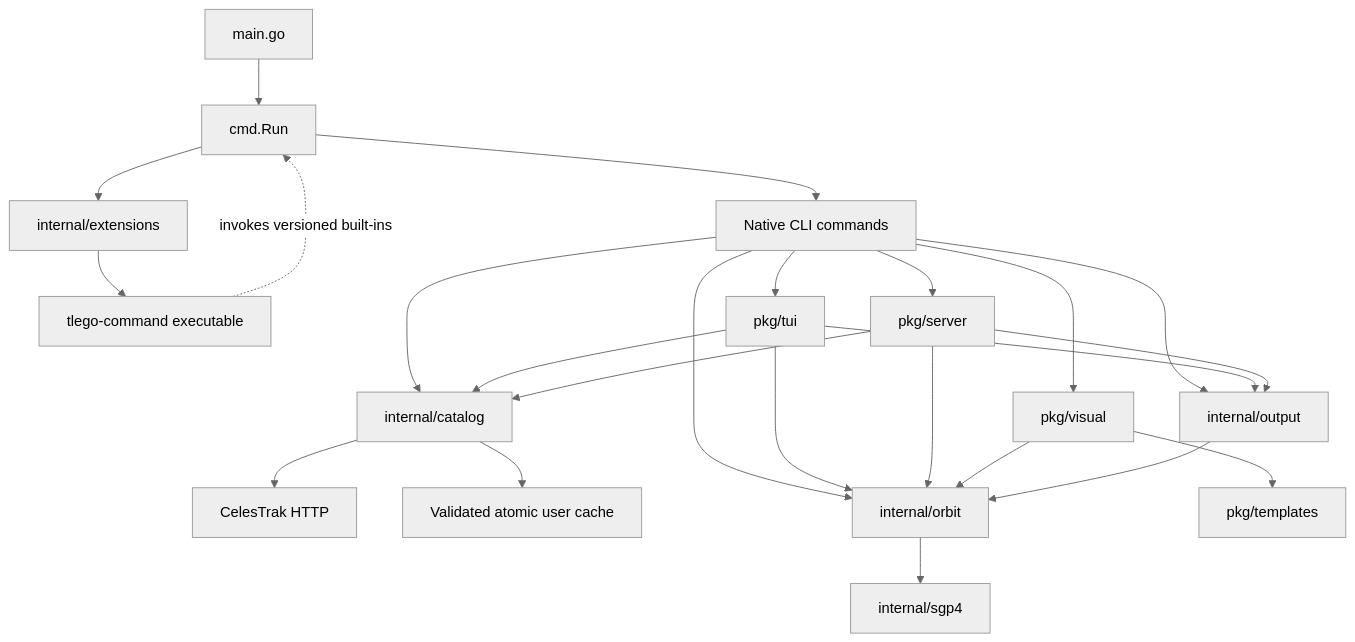
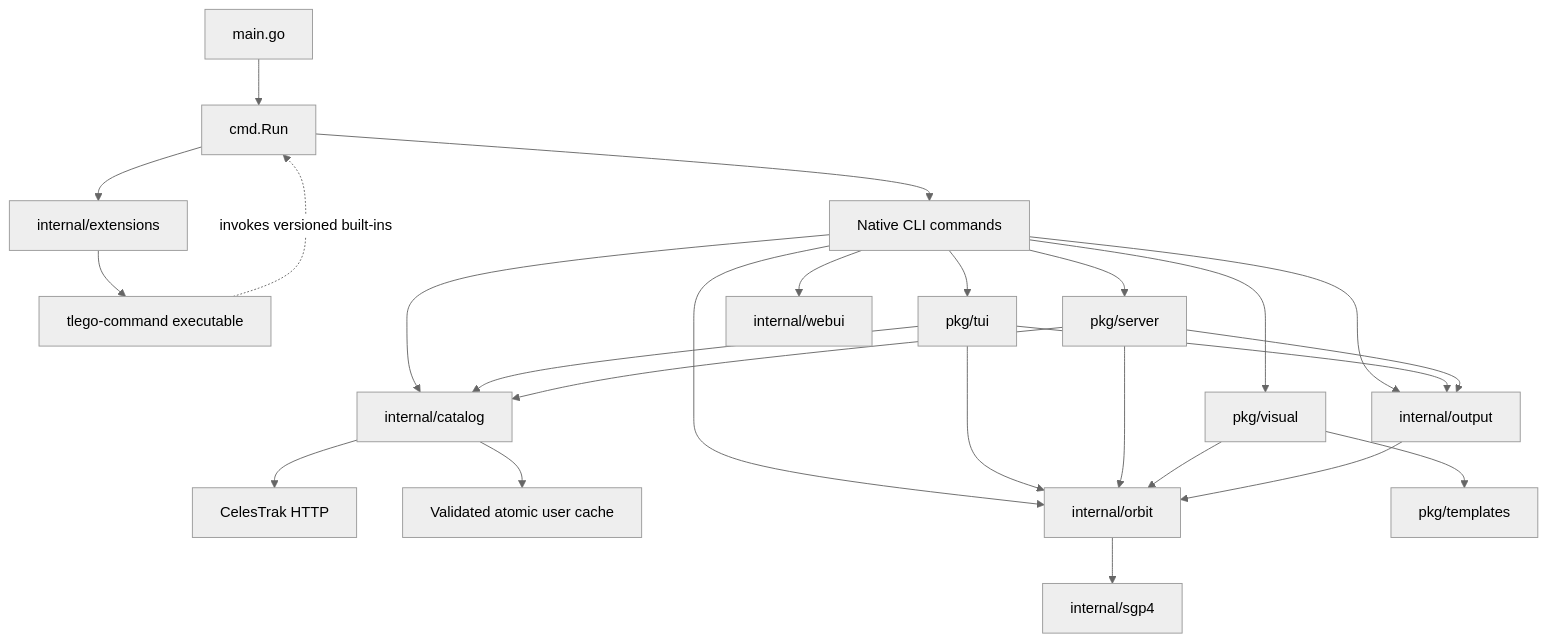
One commit to Mohammed-Ashour/tlego changed the diagram in ARCHITECTURE.md. Above: the diagram before and after it, drawn with Mermaid (neutral theme). The commit also changed other lines of this file and 46 other files, not shown here.

````diff
--- a/ARCHITECTURE.md
+++ b/ARCHITECTURE.md
@@ -19,26 +19,27 @@
 ```mermaid
 flowchart TD
     Main[main.go] --> Run[cmd.Run]
     Run --> CLI[Native CLI commands]
     Run --> Extensions[internal/extensions]
     Extensions --> External[tlego-command executable]
     CLI --> TUI[pkg/tui]
     CLI --> HTTP[pkg/server]
+    CLI --> WebUI[internal/webui]
     CLI --> Visual[pkg/visual]
     CLI --> Catalog[internal/catalog]
     TUI --> Catalog
     HTTP --> Catalog
     Catalog --> Provider[CelesTrak HTTP]
     Catalog --> Cache[Validated atomic user cache]
     CLI --> Orbit[internal/orbit]
     TUI --> Orbit
     HTTP --> Orbit
     Visual --> Orbit
     Orbit --> SGP4[internal/sgp4]
     CLI --> Output[internal/output]
     TUI --> Output
     HTTP --> Output
     Output --> Orbit
     Visual --> Templates[pkg/templates]
     External -. invokes versioned built-ins .-> Run
 ```
````
